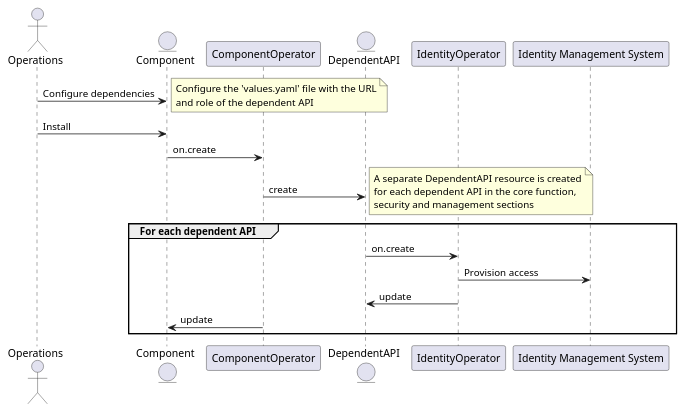
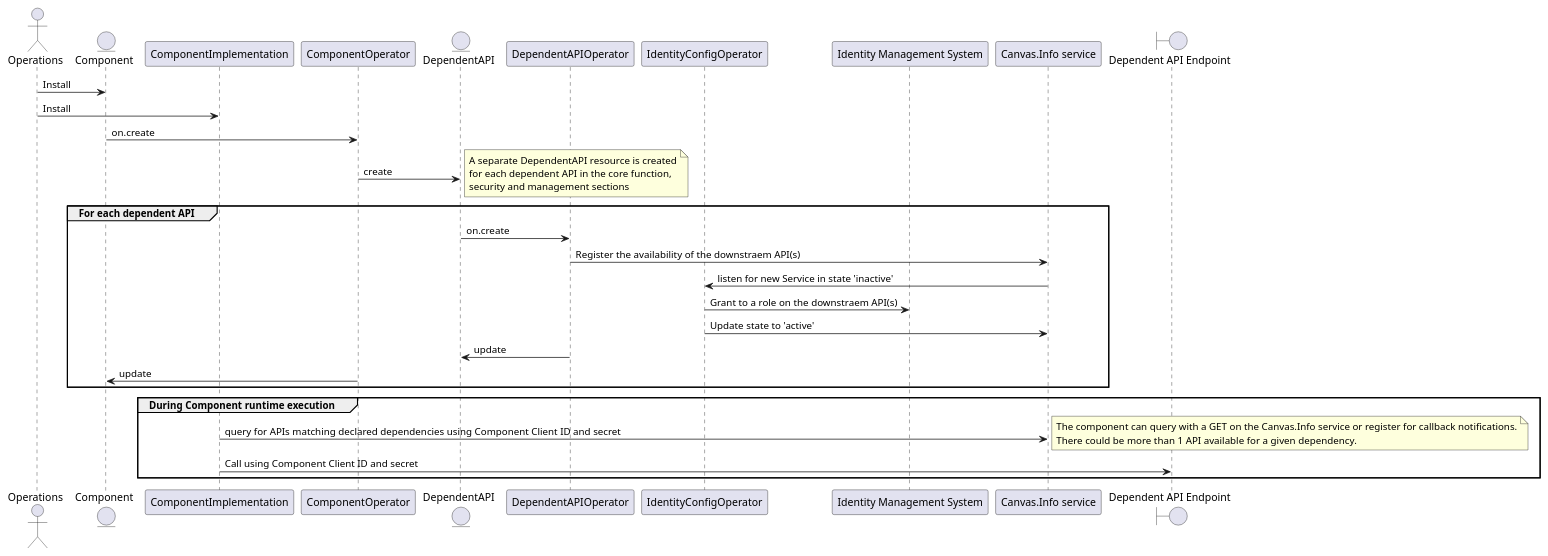
Before and after one commit to tmforum-oda/oda-ca-docs: the diagram in doc/_build/_downloads/51413d8f8c56f171ded9b2a5f7d60694/discover-dependent-API.puml, drawn with PlantUML. The commit also changed 589 other files, not shown here.

```diff
--- a/doc/_build/_downloads/51413d8f8c56f171ded9b2a5f7d60694/discover-dependent-API.puml
+++ b/doc/_build/_downloads/51413d8f8c56f171ded9b2a5f7d60694/discover-dependent-API.puml
@@ -1,28 +1,42 @@
 @startuml
 
 actor Operations
 entity Component
+participant ComponentImplementation
 participant ComponentOperator
 entity DependentAPI
-Component <- Operations : Configure dependencies
-note right
-    Configure the 'values.yaml' file with the URL
-    and role of the dependent API
-end note
-Component <- Operations : Install
+participant DependentAPIOperator
+participant IdentityConfigOperator
+participant "Identity Management System"
+participant "Canvas.Info service"
+boundary "Dependent API Endpoint"
+
+
+Operations -> Component : Install
+Operations -> ComponentImplementation : Install
 Component -> ComponentOperator: on.create 
 ComponentOperator -> DependentAPI: create
 note right
     A separate DependentAPI resource is created
     for each dependent API in the core function,
     security and management sections
 end note
 group For each dependent API
-    DependentAPI -> IdentityOperator: on.create
-    IdentityOperator -> "Identity Management System" : Provision access
-    DependentAPI <- IdentityOperator: update
+    DependentAPI -> DependentAPIOperator: on.create
+    DependentAPIOperator -> "Canvas.Info service" : Register the availability of the downstraem API(s)
+    "Canvas.Info service" -> IdentityConfigOperator: listen for new Service in state 'inactive'
+    IdentityConfigOperator -> "Identity Management System" : Grant to a role on the downstraem API(s)
+    IdentityConfigOperator -> "Canvas.Info service": Update state to 'active'
+    DependentAPI <- DependentAPIOperator: update
     Component <- ComponentOperator: update 
 end
+group During Component runtime execution
+    ComponentImplementation -> "Canvas.Info service": query for APIs matching declared dependencies using Component Client ID and secret
+    note right
+        The component can query with a GET on the Canvas.Info service or register for callback notifications.
+        There could be more than 1 API available for a given dependency.
+    end note
+    ComponentImplementation -> "Dependent API Endpoint": Call using Component Client ID and secret
 
-
+end
 @enduml
```
